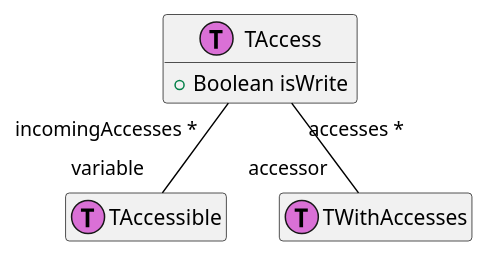
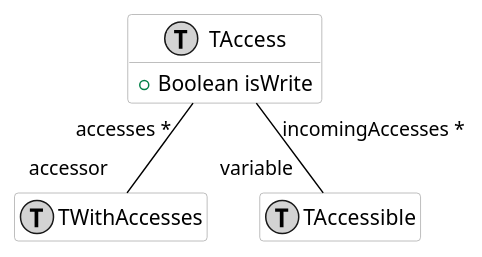
Before and after one commit to moosetechnology/moose-wiki: the diagram in Developers/Diagrams/access.puml, drawn with PlantUML. The commit also changed 13 other files, not shown here.

Commit message:
All associations UML diagrams

```diff
--- a/Developers/Diagrams/access.puml
+++ b/Developers/Diagrams/access.puml
@@ -1,19 +1,24 @@
 @startuml
-
 hide empty members
 
-class behavior1 as "TAccessible" << (T,orchid) >> {
+skinparam class {
+  BackgroundColor white
+  ArrowColor black
+  BorderColor darkGray
 }
 
-class behavior2 as "TWithAccesses" << (T,orchid) >> {
+class behavior1 as "TWithAccesses" << (T,lightGrey) >> {
 }
 
-class behavior3 as "TAccess" << (T,orchid) >> {
+class behavior2 as "TAccessible" << (T,lightGrey) >> {
+}
+
+class behavior3 as "TAccess" << (T,lightGrey) >> {
 	+ Boolean isWrite
 }
 
 
-behavior3 "accesses * " -[#black]- "accessor  " behavior2
-behavior3 "incomingAccesses * " -[#black]- "variable  " behavior1
+behavior3 "accesses * " -[#black]- "accessor  " behavior1
+behavior3 "incomingAccesses * " -[#black]- "variable  " behavior2
 
 @enduml
```
